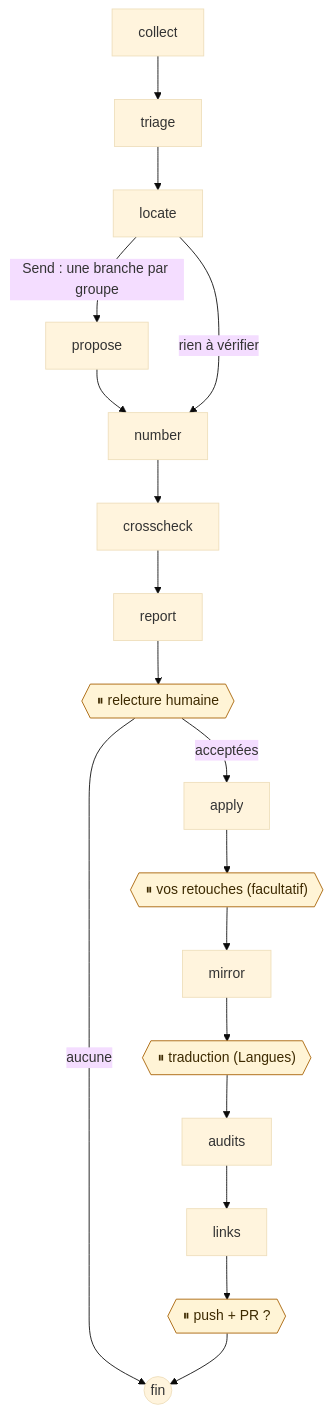
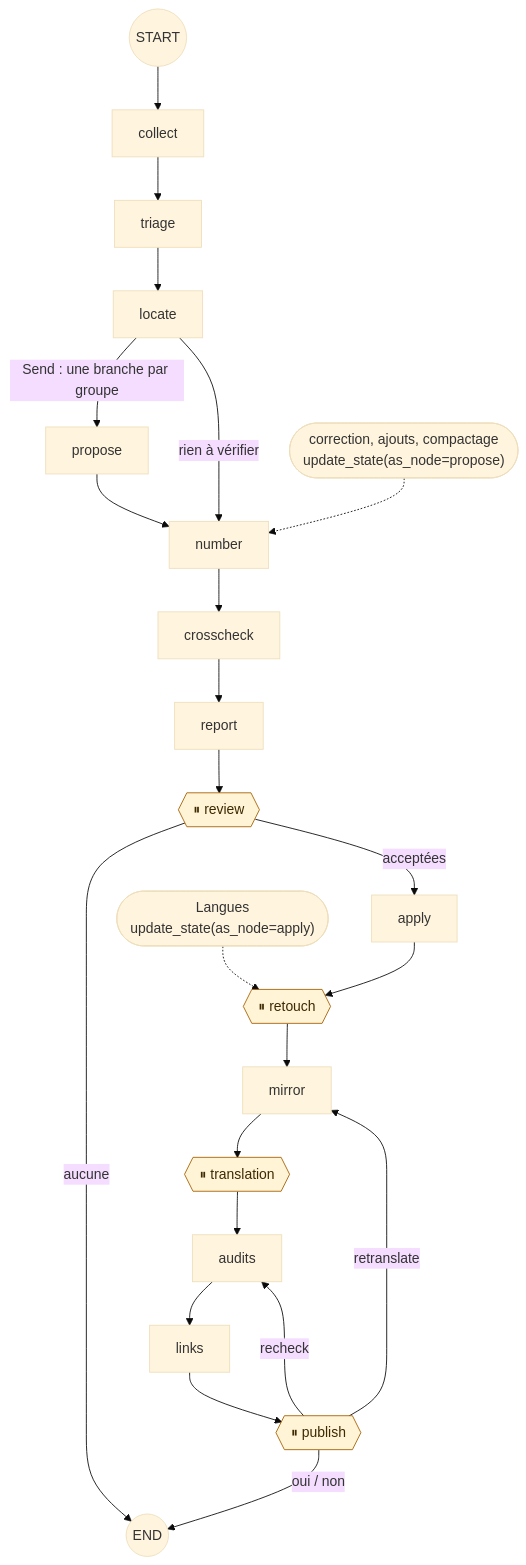
Before and after one commit to DamienBecherini/vault-watch-agent: the third of 3 diagrams in README.fr.md, drawn with Mermaid (base theme). The commit also changed other lines of this file and 3 other files, not shown here.

Commit message:
docs(readme): a run as three entries and one path for readers; the technical graph with its entry points under what the repository shows; the steps table in run.md; notifications untested on macOS and Linux

````diff
--- a/README.fr.md
+++ b/README.fr.md
@@ -114,12 +286,16 @@
 ```mermaid
 flowchart TD
-  collect --> triage --> locate
+  start((START)) --> collect --> triage --> locate
   locate -->|"Send : une branche par groupe"| propose --> number
   locate -->|rien à vérifier| number
-  number --> crosscheck --> report --> review{{"⏸ relecture humaine"}}
-  review -->|acceptées| apply --> retouch{{"⏸ vos retouches (facultatif)"}} --> mirror --> translation{{"⏸ traduction (Langues)"}} --> audits --> links --> publish{{"⏸ push + PR ?"}}
-  review -->|aucune| stop((fin))
-  publish --> stop
+  own(["correction, ajouts, compactage<br/>update_state(as_node=propose)"]) -.-> number
+  lang(["Langues<br/>update_state(as_node=apply)"]) -.-> retouch
+  number --> crosscheck --> report --> review{{"⏸ review"}}
+  review -->|acceptées| apply --> retouch{{"⏸ retouch"}} --> mirror --> translation{{"⏸ translation"}} --> audits --> links --> publish{{"⏸ publish"}}
+  review -->|aucune| stop((END))
+  publish -->|"oui / non"| stop
+  publish -->|recheck| audits
+  publish -->|retranslate| mirror
   classDef human fill:#fff4d6,stroke:#a65f00,color:#3d2a00
   class review,retouch,translation,publish human
 ```
````
